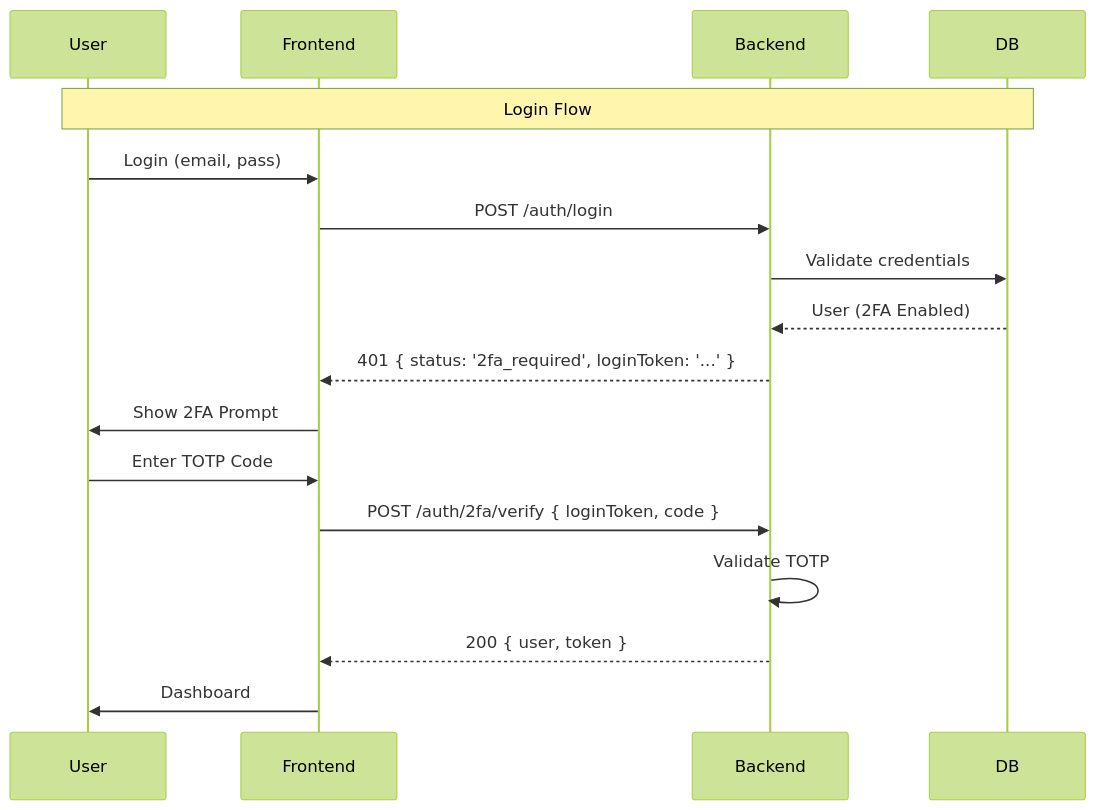
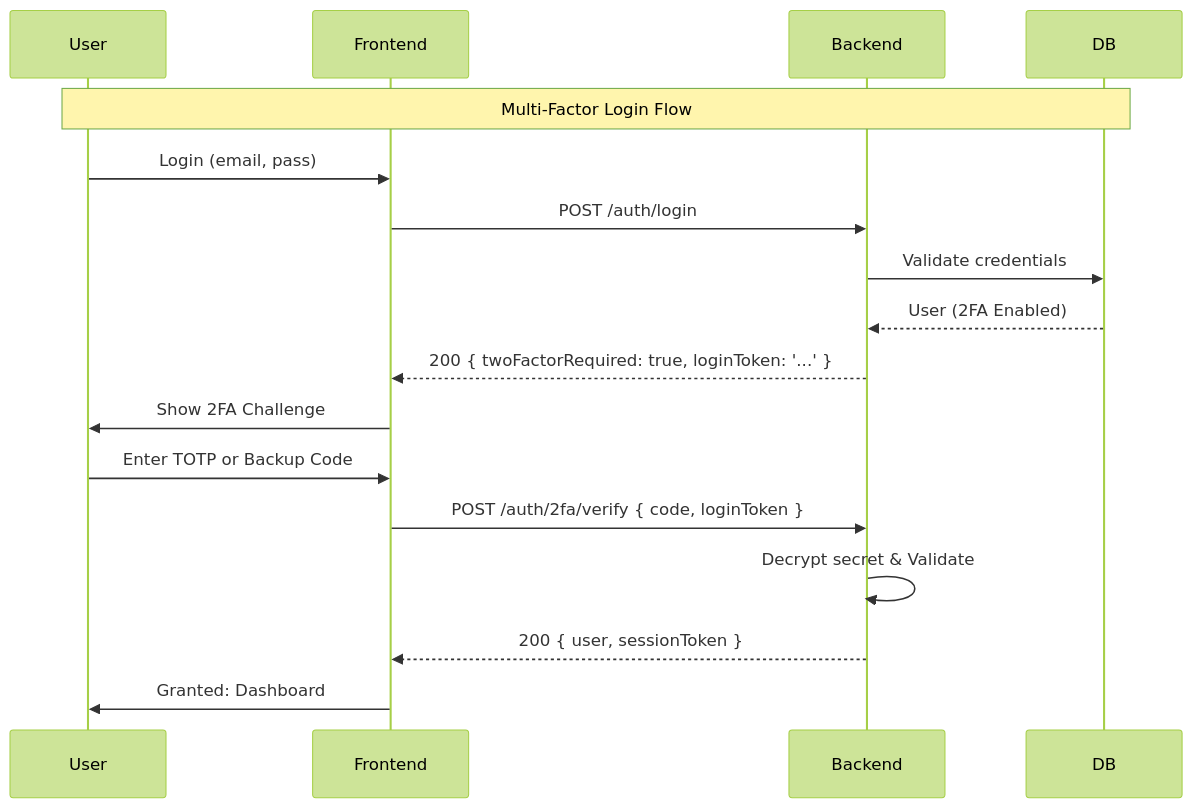
The diagram in docs/security/2fa_current_state_map.md (Extroos/CraftCommand), drawn with Mermaid (forest theme) before and after one commit. The commit also changed other lines of this file and 24 other files, not shown here.

````diff
--- a/docs/security/2fa_current_state_map.md
+++ b/docs/security/2fa_current_state_map.md
@@ -38,20 +36,20 @@
 ```mermaid
 sequenceDiagram
     participant U as User
     participant F as Frontend
     participant B as Backend
     participant D as DB
 
-    Note over U,D: Login Flow
+    Note over U,D: Multi-Factor Login Flow
     U->>F: Login (email, pass)
     F->>B: POST /auth/login
     B->>D: Validate credentials
     D-->>B: User (2FA Enabled)
-    B-->>F: 401 { status: '2fa_required', loginToken: '...' }
-    F->>U: Show 2FA Prompt
-    U->>F: Enter TOTP Code
-    F->>B: POST /auth/2fa/verify { loginToken, code }
-    B->>B: Validate TOTP
-    B-->>F: 200 { user, token }
-    F->>U: Dashboard
+    B-->>F: 200 { twoFactorRequired: true, loginToken: '...' }
+    F->>U: Show 2FA Challenge
+    U->>F: Enter TOTP or Backup Code
+    F->>B: POST /auth/2fa/verify { code, loginToken }
+    B->>B: Decrypt secret & Validate
+    B-->>F: 200 { user, sessionToken }
+    F->>U: Granted: Dashboard
 ```
````
